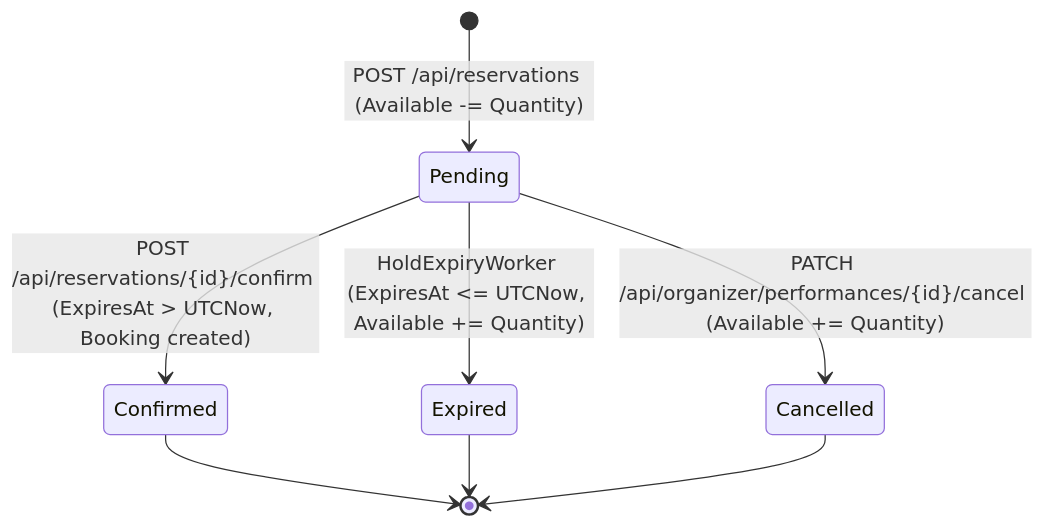
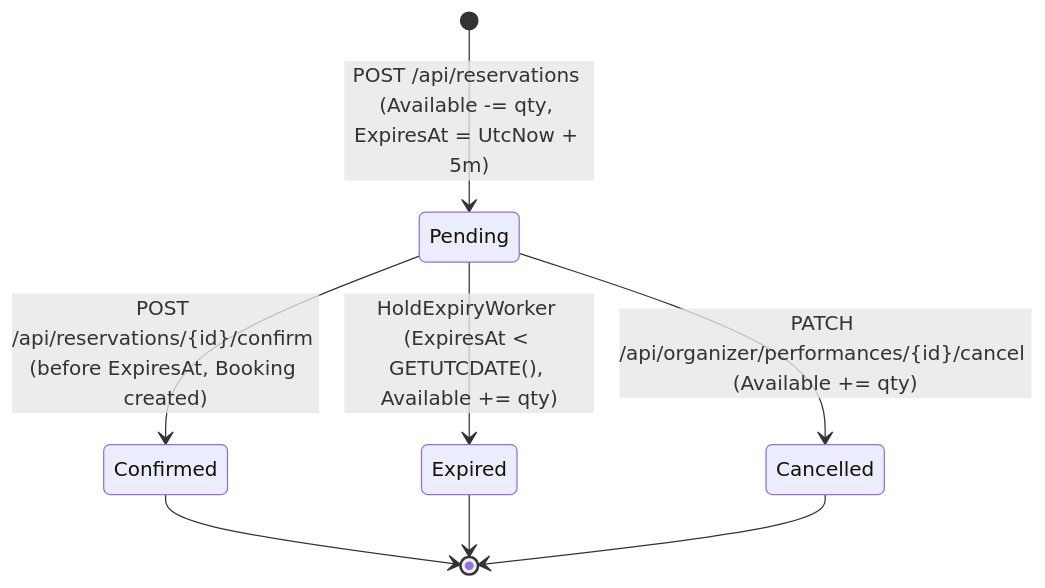
Before and after one commit to Suhas2609/StagePass: the first of 2 diagrams in ARCHITECTURE.md, drawn with Mermaid. The commit also changed other lines of this file and 52 other files, not shown here.

````diff
--- a/ARCHITECTURE.md
+++ b/ARCHITECTURE.md
@@ -149,10 +203,10 @@
 ```mermaid
 stateDiagram-v2
-    [*] --> Pending : POST /api/reservations (Available -= Quantity)
-    Pending --> Confirmed : POST /api/reservations/{id}/confirm (ExpiresAt > UTCNow, Booking created)
-    Pending --> Expired : HoldExpiryWorker (ExpiresAt <= UTCNow, Available += Quantity)
-    Pending --> Cancelled : PATCH /api/organizer/performances/{id}/cancel (Available += Quantity)
+    [*] --> Pending : POST /api/reservations (Available -= qty, ExpiresAt = UtcNow + 5m)
+    Pending --> Confirmed : POST /api/reservations/{id}/confirm (before ExpiresAt, Booking created)
+    Pending --> Expired : HoldExpiryWorker (ExpiresAt < GETUTCDATE(), Available += qty)
+    Pending --> Cancelled : PATCH /api/organizer/performances/{id}/cancel (Available += qty)
     Confirmed --> [*]
     Expired --> [*]
     Cancelled --> [*]
 ```
````
